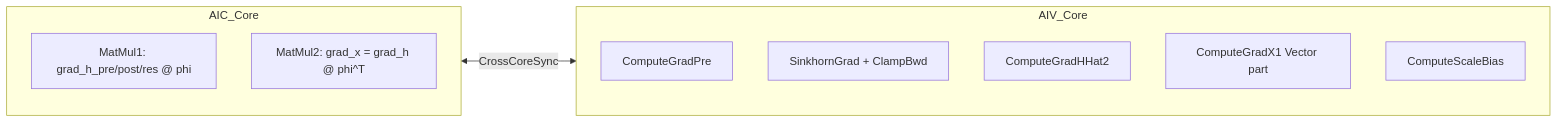
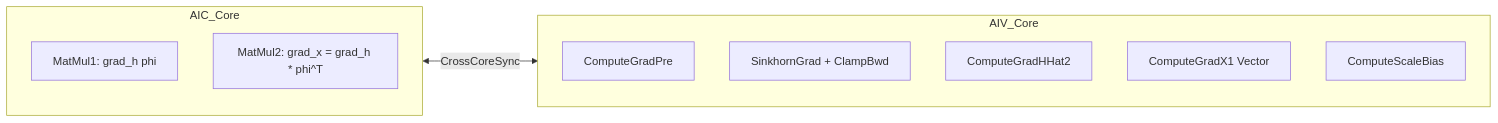
The tenth of 10 diagrams in mhc/mhc_pre_clamp_sinkhorn_backward/docs/MhcPreClampSinkhornBackward_Design.md (ChunnX/ops-transformer), drawn with Mermaid before and after one commit. The commit also changed other lines of this file, not shown here.

````diff
--- a/mhc/mhc_pre_clamp_sinkhorn_backward/docs/MhcPreClampSinkhornBackward_Design.md
+++ b/mhc/mhc_pre_clamp_sinkhorn_backward/docs/MhcPreClampSinkhornBackward_Design.md
@@ -445,17 +445,17 @@
 ```mermaid
-flowchart LR
+graph LR
     subgraph AIC_Core
-        MM1[MatMul1: grad_h_pre/post/res @ phi]
-        MM2[MatMul2: grad_x = grad_h @ phi^T]
+        MM1[MatMul1: grad_h phi]
+        MM2[MatMul2: grad_x = grad_h * phi^T]
     end
 
     subgraph AIV_Core
         GP[ComputeGradPre]
         SG[SinkhornGrad + ClampBwd]
         GH[ComputeGradHHat2]
-        GX[ComputeGradX1 Vector part]
+        GX[ComputeGradX1 Vector]
         SB[ComputeScaleBias]
     end
 
     AIC_Core <-->|CrossCoreSync| AIV_Core
 ```
````
